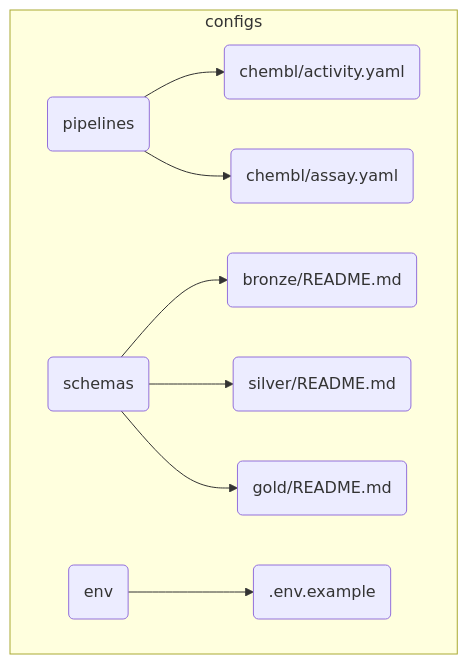
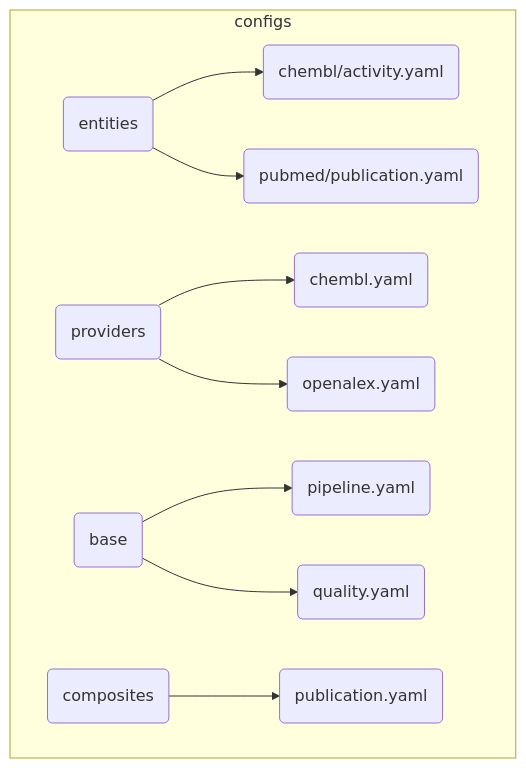
One commit to SatoryKono/BioactivityDataAcquisition changed the diagram in docs/00-project/00-map.md. Above: the diagram before and after it, drawn with Mermaid. The commit also changed other lines of this file and 240 other files, not shown here.

````diff
--- a/docs/00-project/00-map.md
+++ b/docs/00-project/00-map.md
@@ -312,12 +312,13 @@
 ```mermaid
 graph TD
     subgraph configs
         direction LR
-        A(pipelines) --> A1("chembl/activity.yaml")
-        A --> A2("chembl/assay.yaml")
-        B(schemas) --> B1("bronze/README.md")
-        B --> B2("silver/README.md")
-        B --> B3("gold/README.md")
-        C(env) --> C1(".env.example")
+        A(entities) --> A1("chembl/activity.yaml")
+        A --> A2("pubmed/publication.yaml")
+        B(providers) --> B1("chembl.yaml")
+        B --> B2("openalex.yaml")
+        C(base) --> C1("pipeline.yaml")
+        C --> C2("quality.yaml")
+        D(composites) --> D1("publication.yaml")
     end
 ```
````
